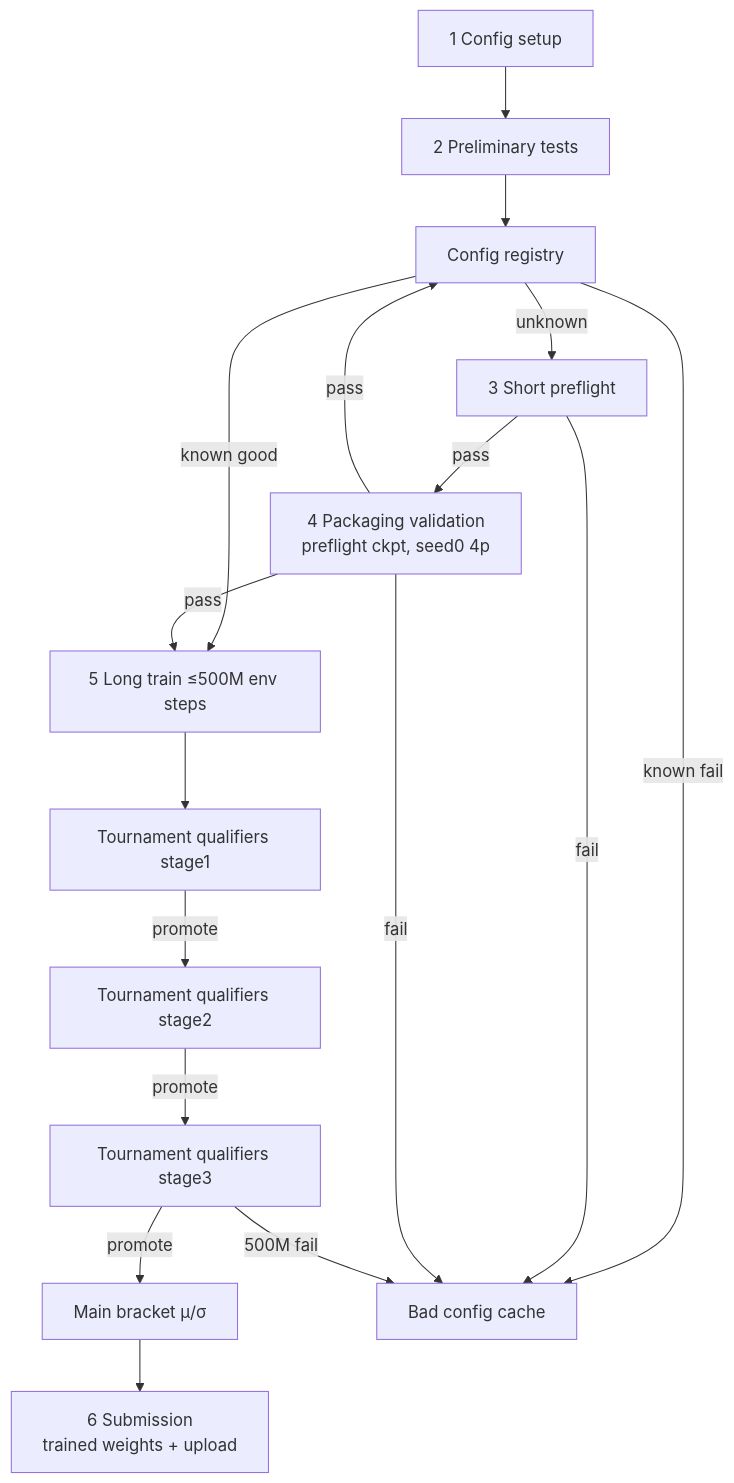
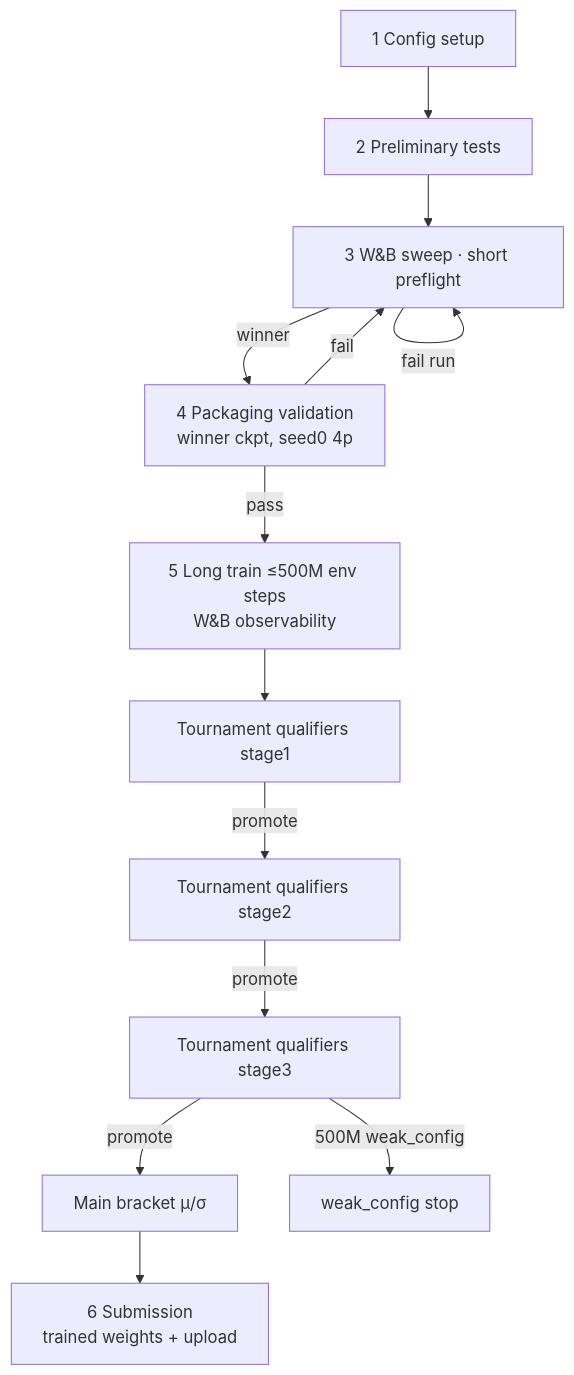
Before and after one commit to jmduea/orbit_wars: the diagram in docs/brainstorms/2026-06-03-training-pipeline-ssot-requirements.md, drawn with Mermaid. The commit also changed other lines of this file and 3 other files, not shown here.

First line of the commit message:
docs(ssot): align plan, flowchart, and W&B pivot spine

````diff
--- a/docs/brainstorms/2026-06-03-training-pipeline-ssot-requirements.md
+++ b/docs/brainstorms/2026-06-03-training-pipeline-ssot-requirements.md
@@ -171,30 +172,24 @@
 ```mermaid
 flowchart TD
   C["1 Config setup"]
   T["2 Preliminary tests"]
-  REG["Config registry"]
-  PF["3 Short preflight"]
-  PV["4 Packaging validation\npreflight ckpt, seed0 4p"]
-  LT["5 Long train ≤500M env steps"]
+  WB["3 W&B sweep · short preflight"]
+  PV["4 Packaging validation\nwinner ckpt, seed0 4p"]
+  LT["5 Long train ≤500M env steps\nW&B observability"]
   TQ1["Tournament qualifiers stage1"]
   TQ2["Tournament qualifiers stage2"]
   TQ3["Tournament qualifiers stage3"]
   MB["Main bracket μ/σ"]
   SUB["6 Submission\ntrained weights + upload"]
-  BAD["Bad config cache"]
-  C --> T --> REG
-  REG -->|known good| LT
-  REG -->|known fail| BAD
-  REG -->|unknown| PF
-  PF -->|pass| PV
-  PF -->|fail| BAD
-  PV -->|pass| REG
-  PV -->|fail| BAD
+  C --> T --> WB
+  WB -->|winner| PV
+  WB -->|fail run| WB
   PV -->|pass| LT
+  PV -->|fail| WB
   LT --> TQ1
   TQ1 -->|promote| TQ2
   TQ2 -->|promote| TQ3
   TQ3 -->|promote| MB
-  TQ3 -->|500M fail| BAD
+  TQ3 -->|500M weak_config| WC[weak_config stop]
   MB --> SUB
 ```
````
